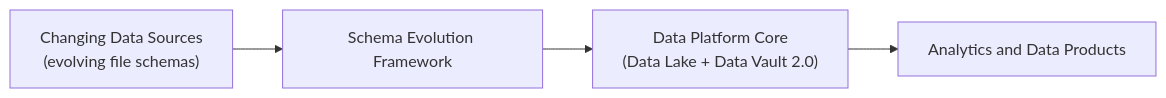
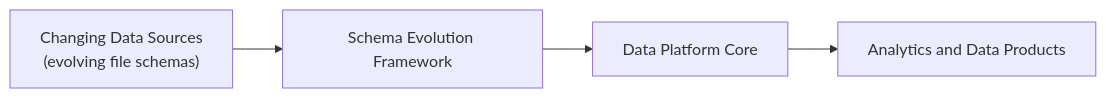
Before and after one commit to Automated-Datavault-Schema-Evolution/Architecture: the diagram in SEF-concept-diagrans/high-level.md, drawn with Mermaid.

Commit message:
removed tech-stack from diagram

`````diff
--- a/SEF-concept-diagrans/high-level.md
+++ b/SEF-concept-diagrans/high-level.md
@@ -3,9 +3,9 @@
 ````mermaid
 flowchart LR
 %% Ultra high-level view of the Schema Evolution Framework (SEF)
     SOURCES["Changing Data Sources<br/>(evolving file schemas)"]
     SEF["Schema Evolution Framework"]
-    PLATFORM["Data Platform Core<br/>(Data Lake + Data Vault 2.0)"]
+    PLATFORM["Data Platform Core"]
     ANALYTICS["Analytics and Data Products"]
     SOURCES --> SEF --> PLATFORM --> ANALYTICS
 ````
`````
